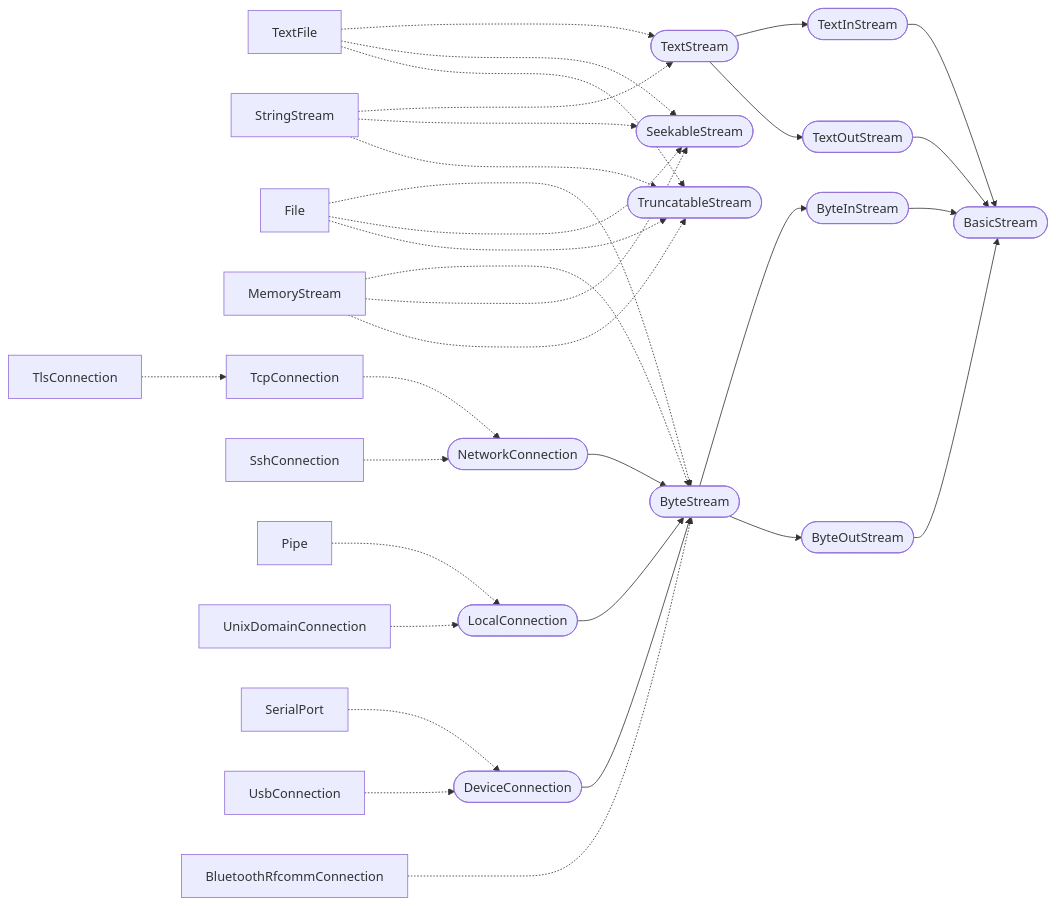
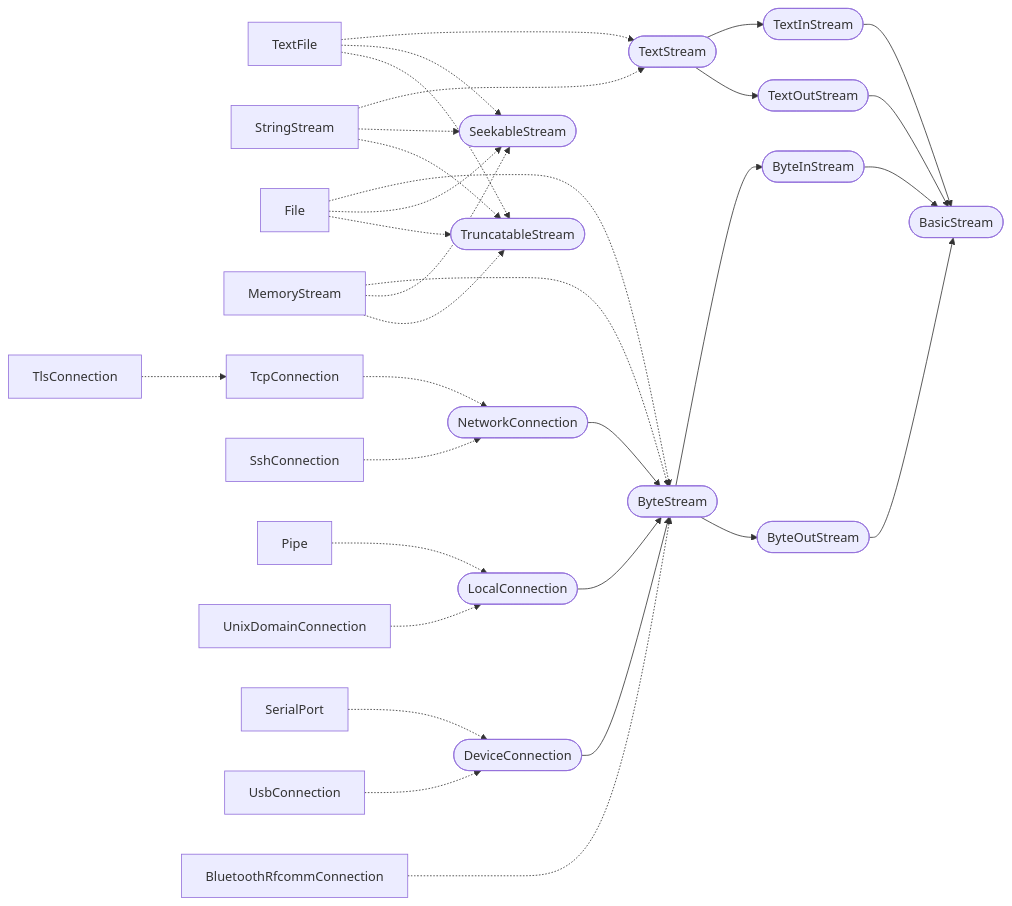
One commit to laro/Cilia changed the diagram in 2 Standard Lib/6 Stream, File & CLI.md. Above: the diagram before and after it, drawn with Mermaid.

Commit message:
Update 6 Stream, File & CLI.md

````diff
--- a/2 Standard Lib/6 Stream, File & CLI.md
+++ b/2 Standard Lib/6 Stream, File & CLI.md
@@ -280,74 +280,74 @@
 ```mermaid
 flowchart LR
     BasicStream([BasicStream])
 
     SeekableStream([SeekableStream])
     TruncatableStream([TruncatableStream])
 
     TextStream([TextStream])
     TextInStream([TextInStream])
     TextOutStream([TextOutStream])
 
     TextFile[TextFile]
     StringStream[StringStream]
 
     ByteStream([ByteStream])
     ByteInStream([ByteInStream])
     ByteOutStream([ByteOutStream])
     
     File[File]
     MemoryStream[MemoryStream]
     NetworkConnection([NetworkConnection])
     TcpConnection[TcpConnection]
     TlsConnection[TlsConnection]
     SshConnection[SshConnection]
     LocalConnection([LocalConnection])
     Pipe[Pipe]
     UnixDomainConnection[UnixDomainConnection]
     DeviceConnection([DeviceConnection])
     SerialPort[SerialPort]
     UsbConnection[UsbConnection]
     BluetoothRfcommConnection[BluetoothRfcommConnection]
     
     TextFile -..-> TextStream
-    TextFile -..-> SeekableStream
-    TextFile -..-> TruncatableStream
+    TextFile -.-> SeekableStream
+    TextFile -.-> TruncatableStream
     StringStream -..-> TextStream
-    StringStream -..-> SeekableStream
-    StringStream -..-> TruncatableStream
+    StringStream -.-> SeekableStream
+    StringStream -.-> TruncatableStream
 
     TextStream --> TextInStream
     TextStream --> TextOutStream
 
     TextInStream --> BasicStream
     TextOutStream --> BasicStream
 
     File -..-> ByteStream
-    File -..-> SeekableStream
-    File -..-> TruncatableStream
+    File -.-> SeekableStream
+    File -.-> TruncatableStream
 
     MemoryStream -..-> ByteStream
-    MemoryStream -..-> SeekableStream
-    MemoryStream -..-> TruncatableStream
+    MemoryStream -.-> SeekableStream
+    MemoryStream -.-> TruncatableStream
 
     NetworkConnection --> ByteStream
     LocalConnection --> ByteStream
     DeviceConnection --> ByteStream
     BluetoothRfcommConnection -..-> ByteStream
     
     TcpConnection -.-> NetworkConnection
     TlsConnection -.-> TcpConnection
     SshConnection -.-> NetworkConnection
     
     Pipe -.-> LocalConnection
     UnixDomainConnection -.-> LocalConnection
     
     SerialPort -.-> DeviceConnection
     UsbConnection -.-> DeviceConnection
     
     ByteStream --> ByteInStream
     ByteStream --> ByteOutStream
 
     ByteInStream --> BasicStream
     ByteOutStream --> BasicStream
 ```
````
